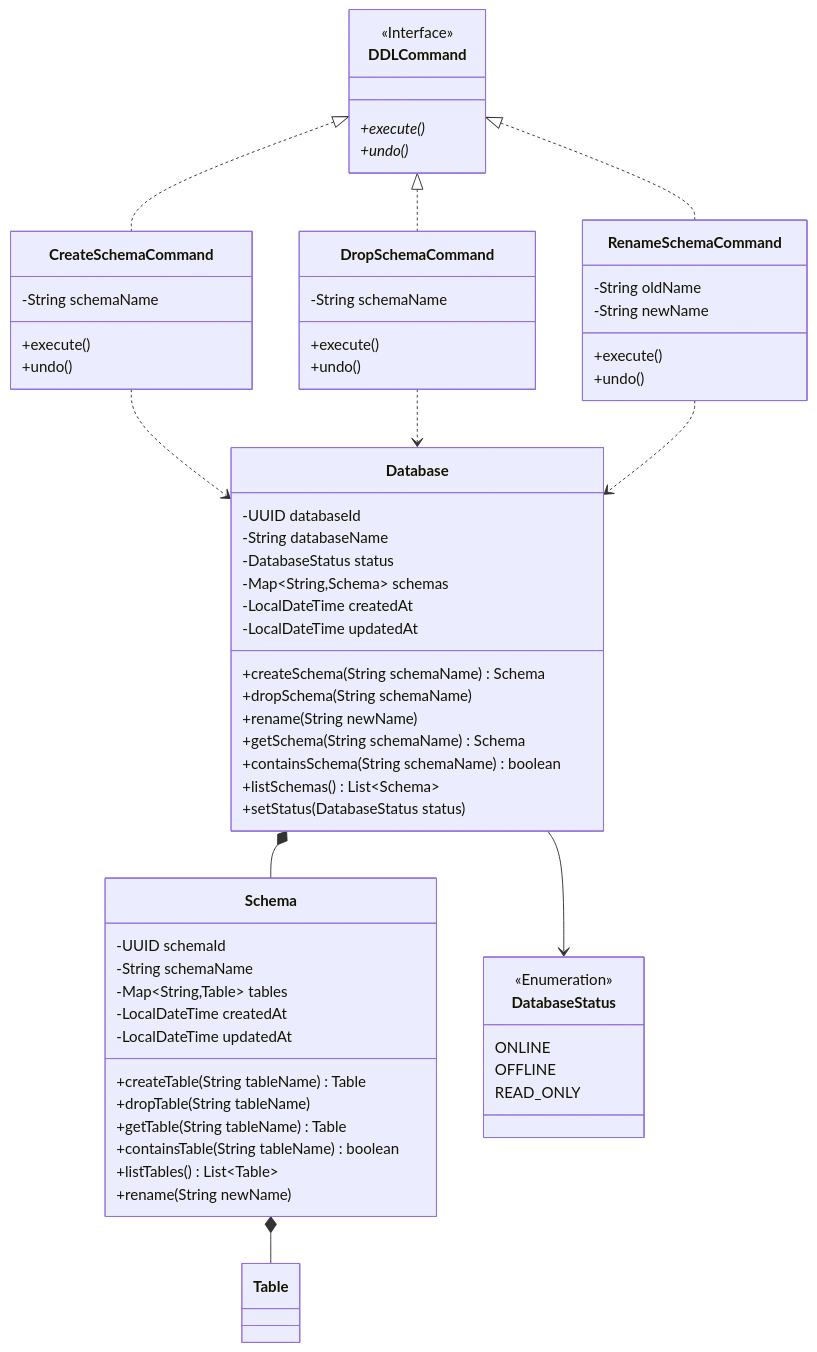
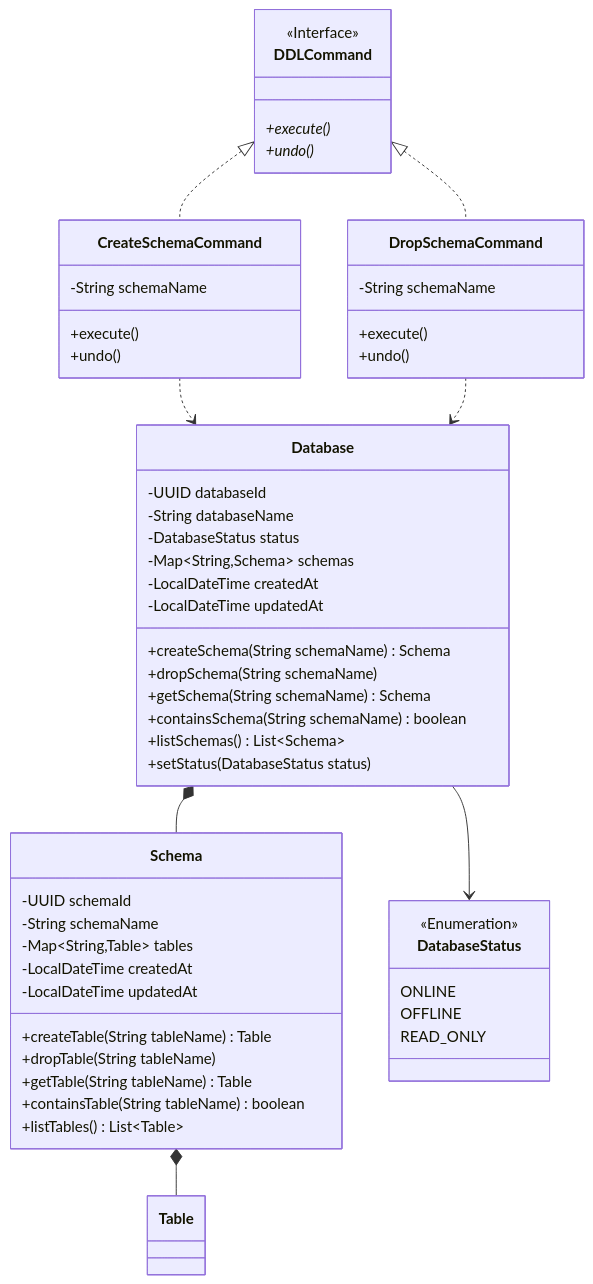
Before and after one commit to Dikhang1112/Database_Management_BBV: the diagram in docs/class_diagram/metadata/detail/Schema.md, drawn with Mermaid. The commit also changed 14 other files, not shown here.

````diff
--- a/docs/class_diagram/metadata/detail/Schema.md
+++ b/docs/class_diagram/metadata/detail/Schema.md
@@ -17,7 +17,6 @@
 
         +createSchema(String schemaName) Schema
         +dropSchema(String schemaName)
-        +rename(String newName)
 
         +getSchema(String schemaName) Schema
         +containsSchema(String schemaName) boolean
@@ -46,8 +45,6 @@
         +getTable(String tableName) Table
         +containsTable(String tableName) boolean
         +listTables() List~Table~
-
-        +rename(String newName)
     }
 
 %% =====================================================
@@ -83,15 +80,6 @@
         +undo()
     }
 
-    class RenameSchemaCommand{
-
-        -String oldName
-        -String newName
-
-        +execute()
-        +undo()
-    }
-
 %% =====================================================
 %% ENUM
 %% =====================================================
@@ -116,9 +104,7 @@
 
     DDLCommand <|.. CreateSchemaCommand
     DDLCommand <|.. DropSchemaCommand
-    DDLCommand <|.. RenameSchemaCommand
 
     CreateSchemaCommand ..> Database
     DropSchemaCommand ..> Database
-    RenameSchemaCommand ..> Database
 ```
````
